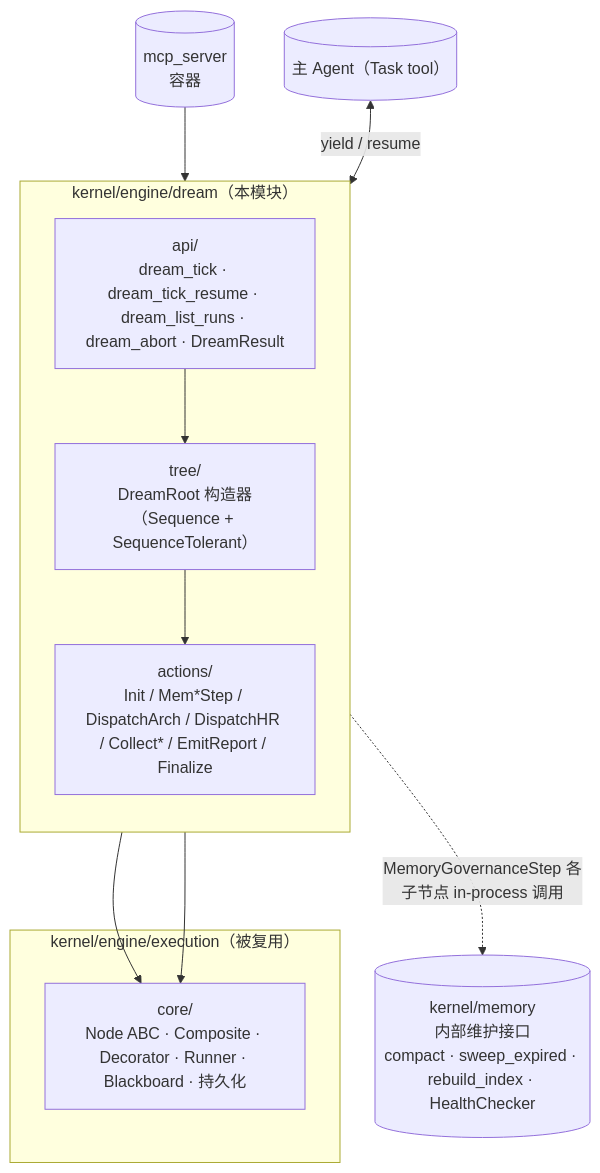
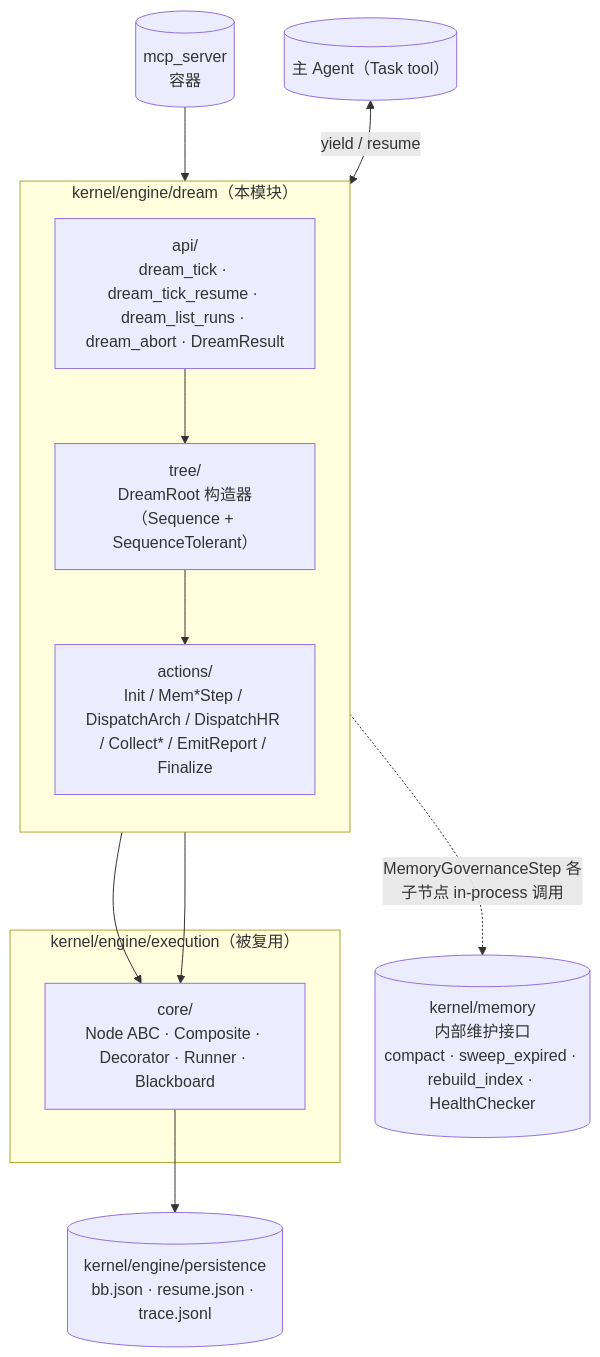
Before and after one commit to nan023062/agent-team-cc: the diagram in v1/kernel/engine/dream/.dna/module.md, drawn with Mermaid. The commit also changed other lines of this file and 57 other files, not shown here.

````diff
--- a/v1/kernel/engine/dream/.dna/module.md
+++ b/v1/kernel/engine/dream/.dna/module.md
@@ -32,25 +33,27 @@
 ```mermaid
 flowchart TB
     subgraph DREAM["kernel/engine/dream（本模块）"]
         direction TB
         Tree["tree/<br/>DreamRoot 构造器（Sequence + SequenceTolerant）"]
         Actions["actions/<br/>Init / Mem*Step / DispatchArch / DispatchHR / Collect* / EmitReport / Finalize"]
         Api["api/<br/>dream_tick · dream_tick_resume · dream_list_runs · dream_abort · DreamResult"]
     end
 
     subgraph EXEC["kernel/engine/execution（被复用）"]
-        Core["core/<br/>Node ABC · Composite · Decorator · Runner · Blackboard · 持久化"]
+        Core["core/<br/>Node ABC · Composite · Decorator · Runner · Blackboard"]
     end
 
+    Persist[("kernel/engine/persistence<br/>bb.json · resume.json · trace.jsonl")]
     MainAgent[("主 Agent（Task tool）")]
     Memory[("kernel/memory<br/>内部维护接口<br/>compact · sweep_expired · rebuild_index · HealthChecker")]
     MCP[("mcp_server<br/>容器")]
 
     MCP --> Api
     MainAgent <-->|yield / resume| Api
     Api --> Tree
     Tree --> Core
     Tree --> Actions
     Actions --> Core
+    Core --> Persist
     Actions -.->|MemoryGovernanceStep 各子节点 in-process 调用| Memory
 ```
````
